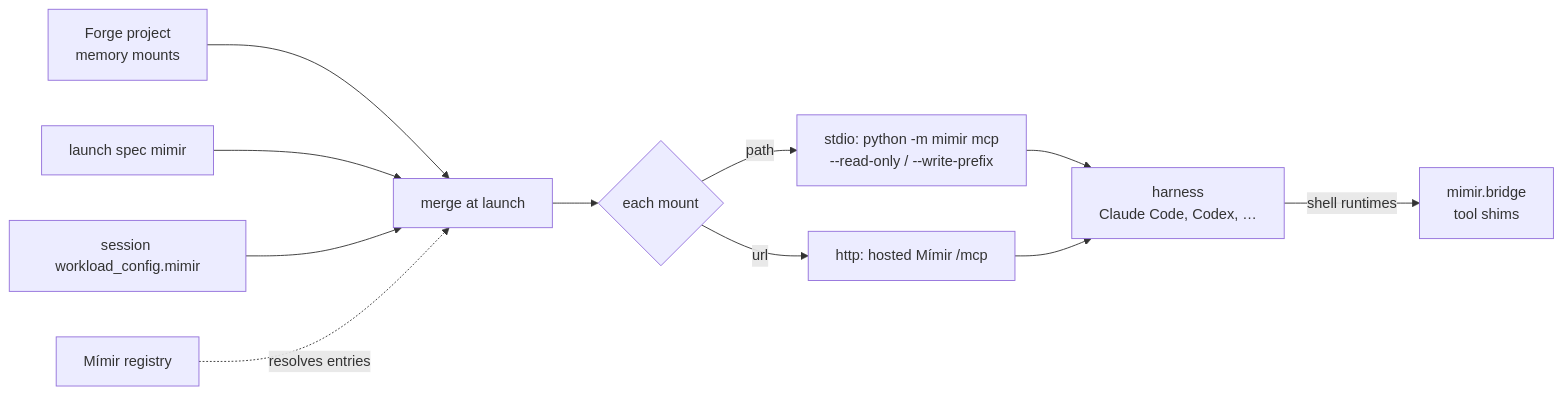
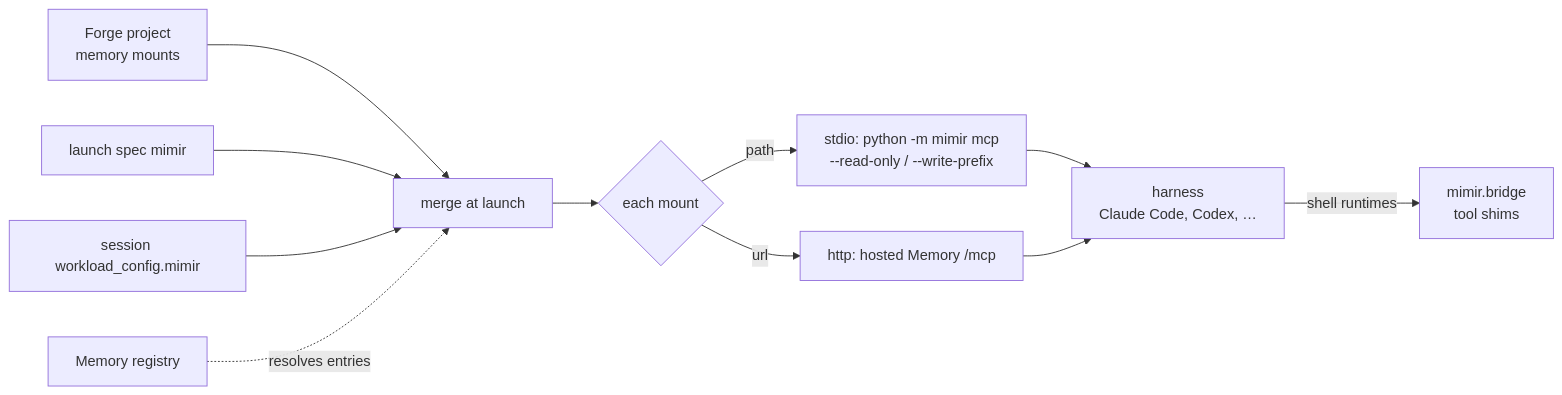
Before and after one commit to niuulabs/niuu: the diagram in docs/site/architecture/memory/agent-access.md, drawn with Mermaid. The commit also changed other lines of this file and 65 other files, not shown here.

````diff
--- a/docs/site/architecture/memory/agent-access.md
+++ b/docs/site/architecture/memory/agent-access.md
@@ -22,13 +22,13 @@
 ```mermaid
 flowchart LR
     P[Forge project<br/>memory mounts] --> M[merge at launch]
     LS[launch spec mimir] --> M
     WC[session workload_config.mimir] --> M
-    REG[Mímir registry] -. resolves entries .-> M
+    REG[Memory registry] -. resolves entries .-> M
     M --> SV{each mount}
     SV -- path --> ST[stdio: python -m mimir mcp<br/>--read-only / --write-prefix]
-    SV -- url --> HT[http: hosted Mímir /mcp]
+    SV -- url --> HT[http: hosted Memory /mcp]
     ST --> H[harness<br/>Claude Code, Codex, …]
     HT --> H
     H -- shell runtimes --> BR[mimir.bridge<br/>tool shims]
 ```
````
